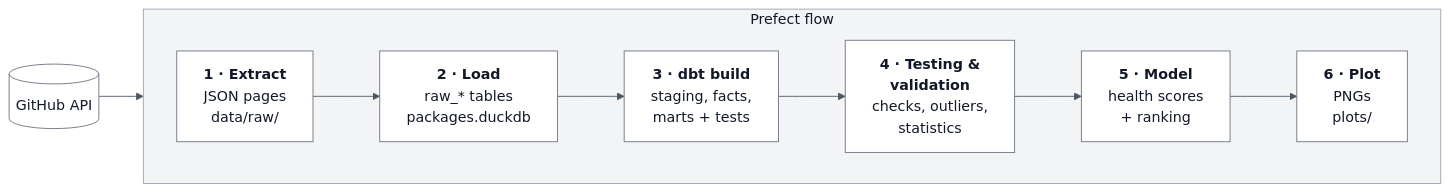
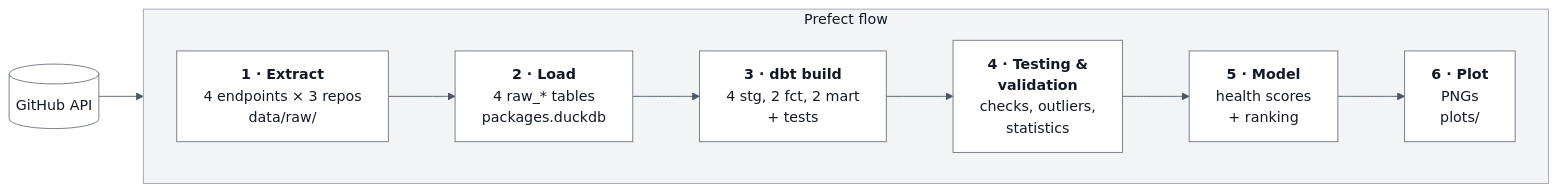
The diagram in README.md (uvasds-systems/dp2-package-health), drawn with Mermaid before and after one commit. The commit also changed other lines of this file and 1 other file, not shown here.

First line of the commit message:
Spell out dbt column calculations; trim Task 5 requirements

````diff
--- a/README.md
+++ b/README.md
@@ -13,12 +13,12 @@
 ```mermaid
 flowchart LR
     api[(GitHub API)] --> t1
     subgraph flow [Prefect flow]
         direction LR
-        t1["<b>1 · Extract</b><br/>JSON pages<br/>data/raw/"] --> t2["<b>2 · Load</b><br/>raw_* tables<br/>packages.duckdb"] --> t3["<b>3 · dbt build</b><br/>staging, facts,<br/>marts + tests"] --> t4["<b>4 · Testing &<br/>validation</b><br/>checks, outliers,<br/>statistics"] --> t5["<b>5 · Model</b><br/>health scores<br/>+ ranking"] --> t6["<b>6 · Plot</b><br/>PNGs<br/>plots/"]
+        t1["<b>1 · Extract</b><br/>4 endpoints × 3 repos<br/>data/raw/"] --> t2["<b>2 · Load</b><br/>4 raw_* tables<br/>packages.duckdb"] --> t3["<b>3 · dbt build</b><br/>4 stg, 2 fct, 2 mart<br/>+ tests"] --> t4["<b>4 · Testing &<br/>validation</b><br/>checks, outliers,<br/>statistics"] --> t5["<b>5 · Model</b><br/>health scores<br/>+ ranking"] --> t6["<b>6 · Plot</b><br/>PNGs<br/>plots/"]
     end
     classDef box fill:#ffffff,stroke:#6b7280,color:#111827
     class api,t1,t2,t3,t4,t5,t6 box
     style flow fill:#f3f4f6,stroke:#9ca3af,color:#111827
     linkStyle default stroke:#4b5563
 ```
````
